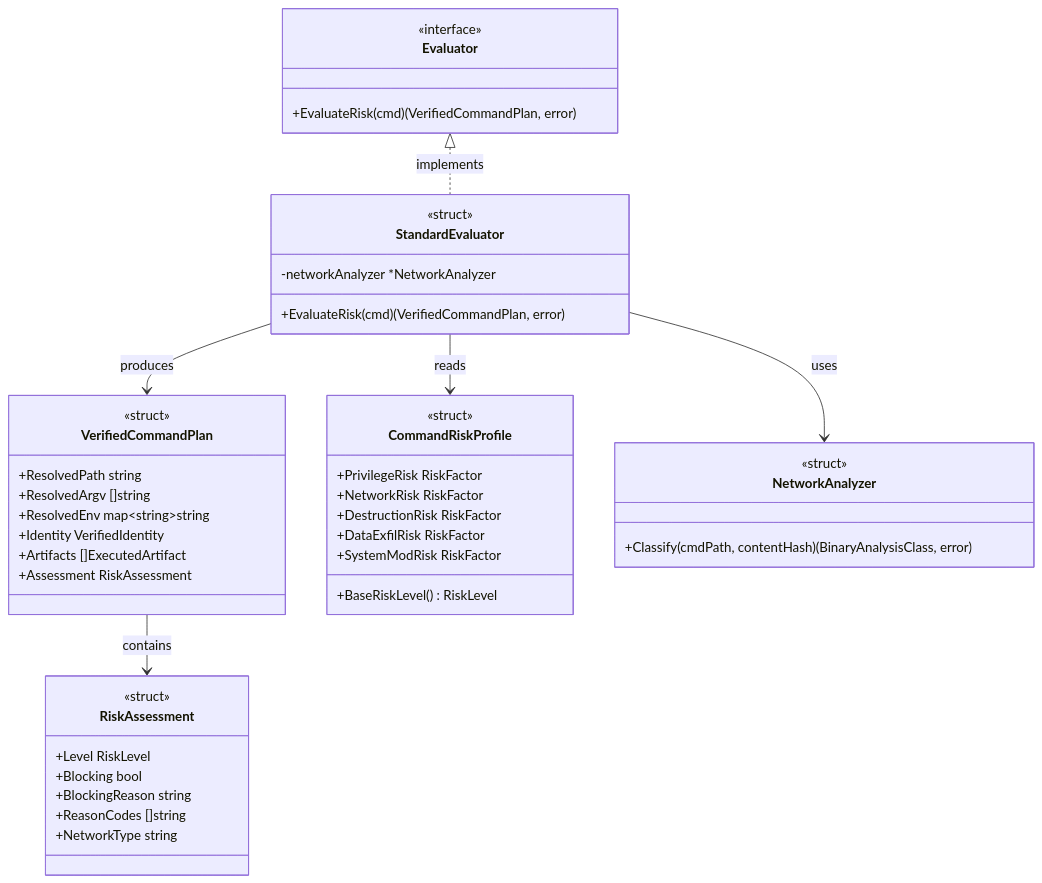
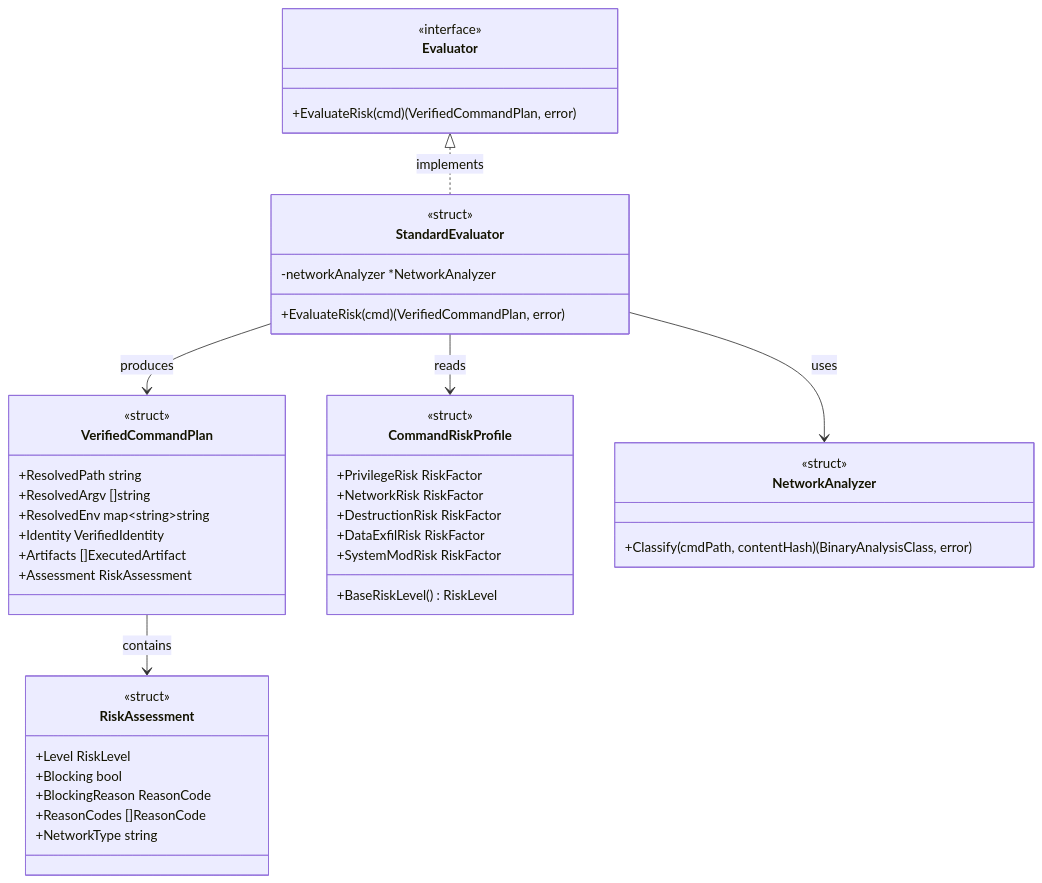
Before and after one commit to isseis/go-safe-cmd-runner: the eighth of 12 diagrams in docs/tasks/0136_runtime_risk_evaluation_enforcement/02_architecture.md, drawn with Mermaid. The commit also changed other lines of this file, not shown here.

First line of the commit message:
docs(0136): type machine-readable codes (ReasonCode) instead of raw string

````diff
--- a/docs/tasks/0136_runtime_risk_evaluation_enforcement/02_architecture.md
+++ b/docs/tasks/0136_runtime_risk_evaluation_enforcement/02_architecture.md
@@ -300,47 +317,47 @@
 ```mermaid
 classDiagram
     class Evaluator {
         <<interface>>
         +EvaluateRisk(cmd) (VerifiedCommandPlan, error)
     }
     class StandardEvaluator {
         <<struct>>
         -networkAnalyzer *NetworkAnalyzer
         +EvaluateRisk(cmd) (VerifiedCommandPlan, error)
     }
     class VerifiedCommandPlan {
         <<struct>>
         +ResolvedPath string
         +ResolvedArgv []string
         +ResolvedEnv map~string~string
         +Identity VerifiedIdentity
         +Artifacts []ExecutedArtifact
         +Assessment RiskAssessment
     }
     class RiskAssessment {
         <<struct>>
         +Level RiskLevel
         +Blocking bool
-        +BlockingReason string
-        +ReasonCodes []string
+        +BlockingReason ReasonCode
+        +ReasonCodes []ReasonCode
         +NetworkType string
     }
     class CommandRiskProfile {
         <<struct>>
         +PrivilegeRisk RiskFactor
         +NetworkRisk RiskFactor
         +DestructionRisk RiskFactor
         +DataExfilRisk RiskFactor
         +SystemModRisk RiskFactor
         +BaseRiskLevel() RiskLevel
     }
     class NetworkAnalyzer {
         <<struct>>
         +Classify(cmdPath, contentHash) (BinaryAnalysisClass, error)
     }
     Evaluator <|.. StandardEvaluator : implements
     StandardEvaluator --> VerifiedCommandPlan : produces
     VerifiedCommandPlan --> RiskAssessment : contains
     StandardEvaluator --> CommandRiskProfile : reads
     StandardEvaluator --> NetworkAnalyzer : uses
 ```
````
